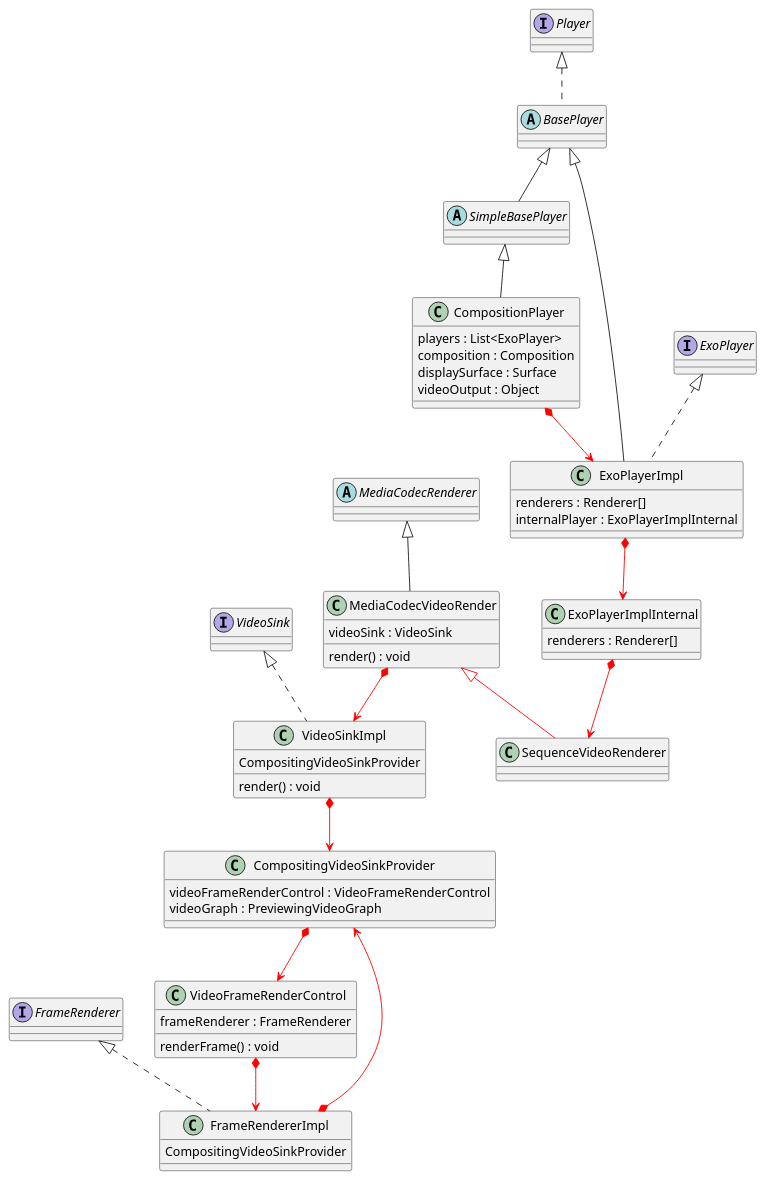
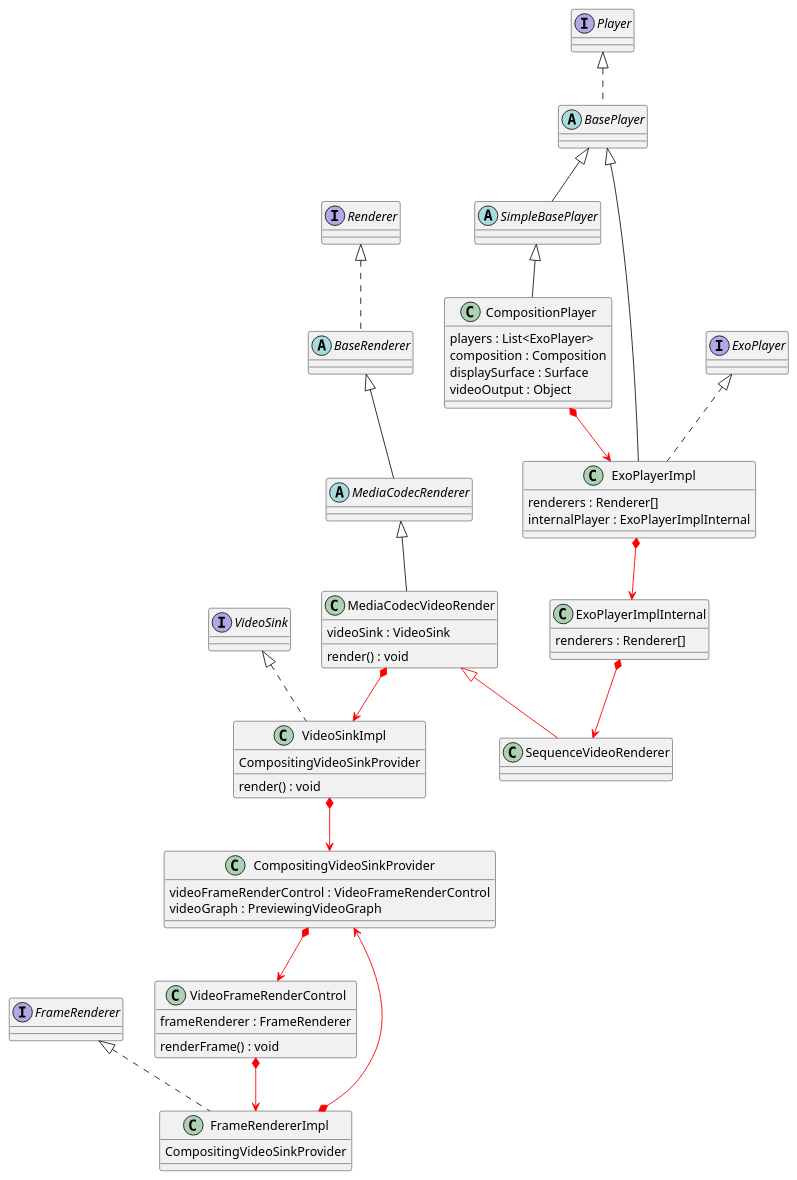
The diagram in preview.puml (AndyYoung1004/Exo_Transformer), drawn with PlantUML before and after one commit. The commit also changed 3 other files, not shown here.

```diff
--- a/preview.puml
+++ b/preview.puml
@@ -1,89 +1,94 @@
 @startuml
 
 
 
 class CompositionPlayer {
 players : List<ExoPlayer>
 composition : Composition
 displaySurface : Surface
 videoOutput : Object
 }
 
 abstract class SimpleBasePlayer {}
 
 abstract class BasePlayer {}
 
 interface Player {}
 
 Player <|.. BasePlayer
 BasePlayer <|-- SimpleBasePlayer
 SimpleBasePlayer <|-- CompositionPlayer
 
 interface ExoPlayer {}
 
 class ExoPlayerImpl {
 renderers : Renderer[]
 internalPlayer : ExoPlayerImplInternal
 
 }
 BasePlayer <|-- ExoPlayerImpl
 ExoPlayer <|.. ExoPlayerImpl
 CompositionPlayer *-[#red]-> ExoPlayerImpl
 
 class ExoPlayerImplInternal {
 renderers : Renderer[]
 
 }
 
 ExoPlayerImpl *-[#red]-> ExoPlayerImplInternal
 
+interface Renderer {}
+
+abstract class BaseRenderer {}
+
 abstract class MediaCodecRenderer {}
 
 class MediaCodecVideoRender {
 videoSink : VideoSink
 render() : void
 }
 
 class SequenceVideoRenderer {
 
 }
-
+Renderer <|.. BaseRenderer
+BaseRenderer <|-- MediaCodecRenderer
 MediaCodecRenderer <|-- MediaCodecVideoRender
 MediaCodecVideoRender <|-[#red]- SequenceVideoRenderer
 
 ExoPlayerImplInternal *-[#red]-> SequenceVideoRenderer
 
 interface VideoSink {}
 
 class CompositingVideoSinkProvider {
 videoFrameRenderControl : VideoFrameRenderControl
 videoGraph : PreviewingVideoGraph
 }
 
 class VideoFrameRenderControl {
 frameRenderer : FrameRenderer
 renderFrame() : void
 }
 
 interface FrameRenderer {}
 class FrameRendererImpl {
 CompositingVideoSinkProvider
 }
 FrameRenderer <|.. FrameRendererImpl
 
 CompositingVideoSinkProvider *-[#red]-> VideoFrameRenderControl
 VideoFrameRenderControl *-[#red]-> FrameRendererImpl
 FrameRendererImpl *-[#red]-> CompositingVideoSinkProvider
 
 class VideoSinkImpl {
 CompositingVideoSinkProvider
 render() : void
 }
 VideoSink <|.. VideoSinkImpl
 MediaCodecVideoRender *-[#red]-> VideoSinkImpl
 VideoSinkImpl *-[#red]-> CompositingVideoSinkProvider
 
 
 
 
 @enduml
```
